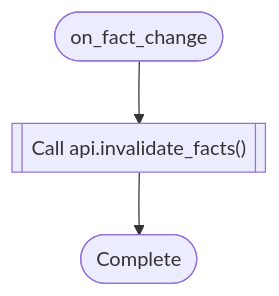
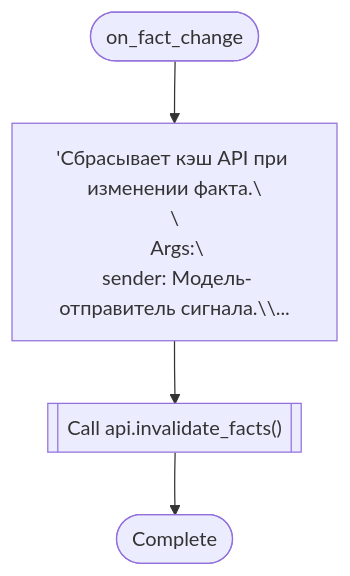
Before and after one commit to ihrusl05-rgb/Factoscope: diagram 19 of 59 in codedebrief-out/codedebrief.md, drawn with Mermaid. The commit also changed other lines of this file and 20 other files, not shown here.

````diff
--- a/codedebrief-out/codedebrief.md
+++ b/codedebrief-out/codedebrief.md
@@ -559,8 +579,10 @@
 ```mermaid
 flowchart TD
   mflow_551414f5301fbe29_n1(["on_fact_change"])
-  mflow_551414f5301fbe29_n2[["Call api.invalidate_facts()"]]
-  mflow_551414f5301fbe29_n3(["Complete"])
+  mflow_551414f5301fbe29_n2["'Сбрасывает кэш API при изменении факта.\\n\\n Args:\\n sender: Модель-отправитель сигнала.\\..."]
+  mflow_551414f5301fbe29_n3[["Call api.invalidate_facts()"]]
+  mflow_551414f5301fbe29_n4(["Complete"])
   mflow_551414f5301fbe29_n1 --> mflow_551414f5301fbe29_n2
   mflow_551414f5301fbe29_n2 --> mflow_551414f5301fbe29_n3
+  mflow_551414f5301fbe29_n3 --> mflow_551414f5301fbe29_n4
 ```
````
